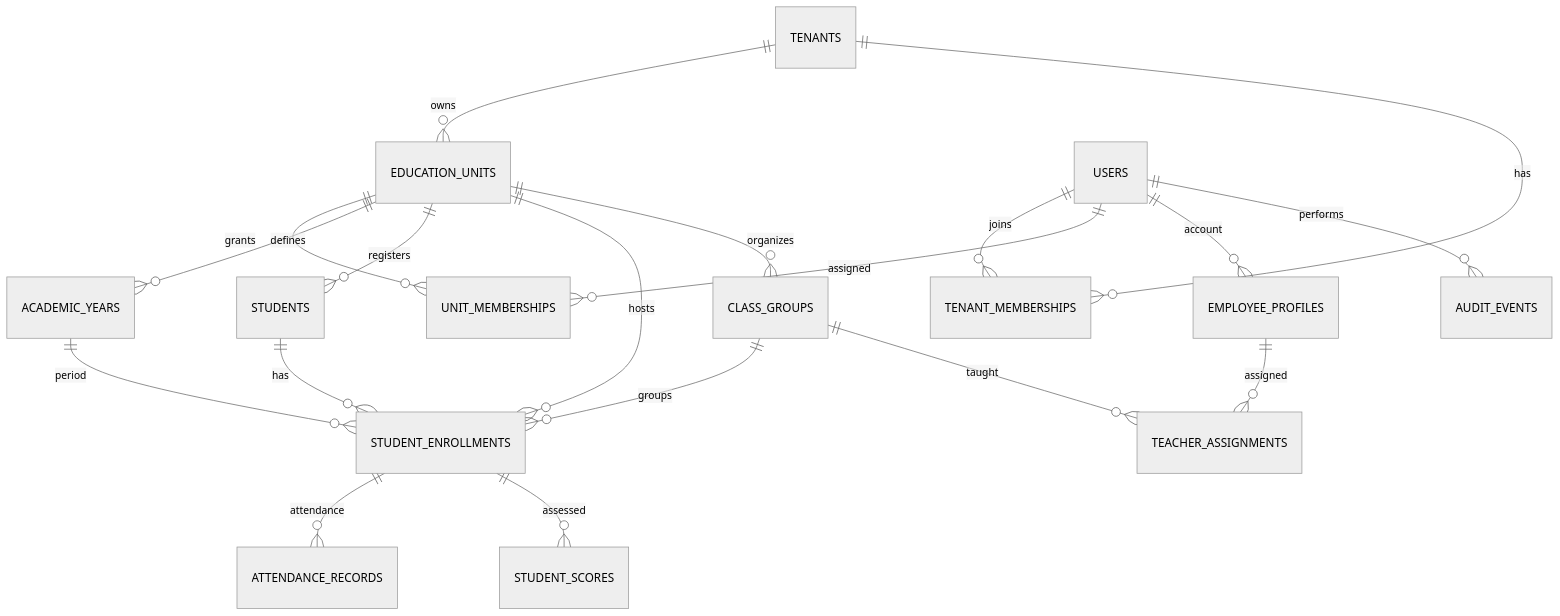
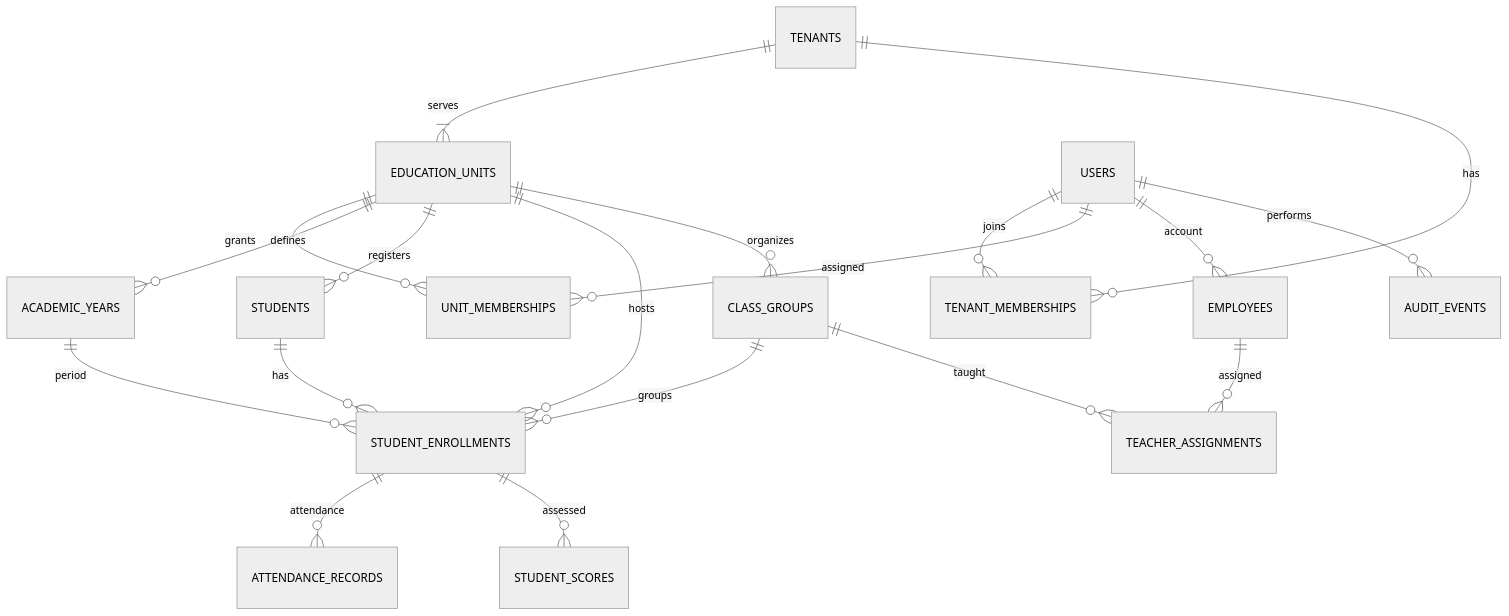
Before and after one commit to sulhanqidri/SINAU: the diagram in docs/03-database/ERD-CONCEPTUAL.md, drawn with Mermaid (neutral theme). The commit also changed other lines of this file, not shown here.

Commit message:
docs: finalize foundation and independent tenant model

````diff
--- a/docs/03-database/ERD-CONCEPTUAL.md
+++ b/docs/03-database/ERD-CONCEPTUAL.md
@@ -5,21 +5,21 @@
 ```mermaid
 erDiagram
-  TENANTS ||--o{ EDUCATION_UNITS : owns
+  TENANTS ||--|{ EDUCATION_UNITS : serves
+  TENANTS ||--o{ TENANT_MEMBERSHIPS : has
   USERS ||--o{ TENANT_MEMBERSHIPS : joins
-  TENANTS ||--o{ TENANT_MEMBERSHIPS : has
+  EDUCATION_UNITS ||--o{ UNIT_MEMBERSHIPS : grants
   USERS ||--o{ UNIT_MEMBERSHIPS : assigned
-  EDUCATION_UNITS ||--o{ UNIT_MEMBERSHIPS : grants
   EDUCATION_UNITS ||--o{ ACADEMIC_YEARS : defines
   EDUCATION_UNITS ||--o{ STUDENTS : registers
   STUDENTS ||--o{ STUDENT_ENROLLMENTS : has
   EDUCATION_UNITS ||--o{ STUDENT_ENROLLMENTS : hosts
   ACADEMIC_YEARS ||--o{ STUDENT_ENROLLMENTS : period
   CLASS_GROUPS ||--o{ STUDENT_ENROLLMENTS : groups
   EDUCATION_UNITS ||--o{ CLASS_GROUPS : organizes
-  USERS ||--o{ EMPLOYEE_PROFILES : account
-  EMPLOYEE_PROFILES ||--o{ TEACHER_ASSIGNMENTS : assigned
+  USERS ||--o{ EMPLOYEES : account
+  EMPLOYEES ||--o{ TEACHER_ASSIGNMENTS : assigned
   CLASS_GROUPS ||--o{ TEACHER_ASSIGNMENTS : taught
   STUDENT_ENROLLMENTS ||--o{ ATTENDANCE_RECORDS : attendance
   STUDENT_ENROLLMENTS ||--o{ STUDENT_SCORES : assessed
   USERS ||--o{ AUDIT_EVENTS : performs
 ```
````
